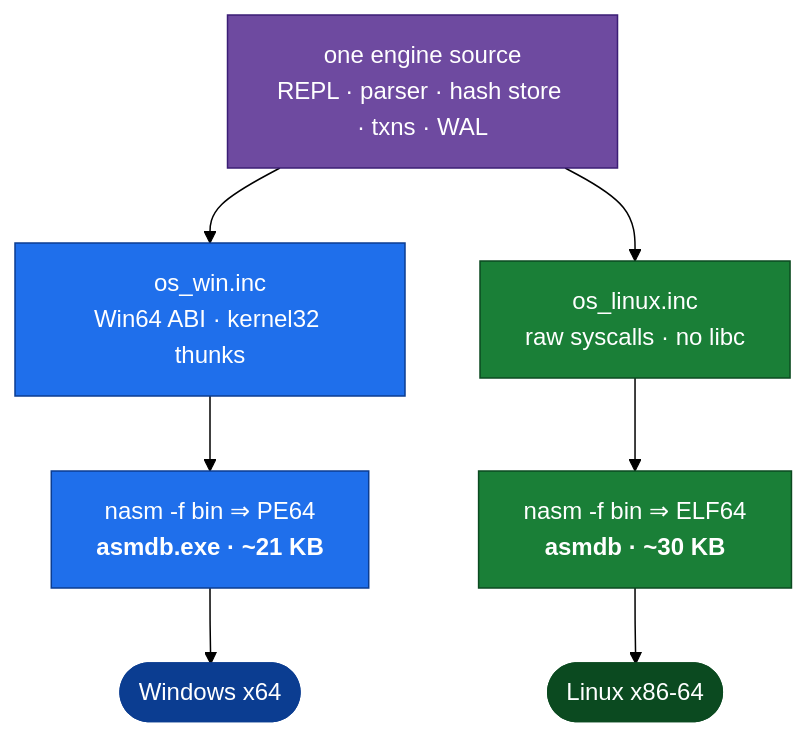
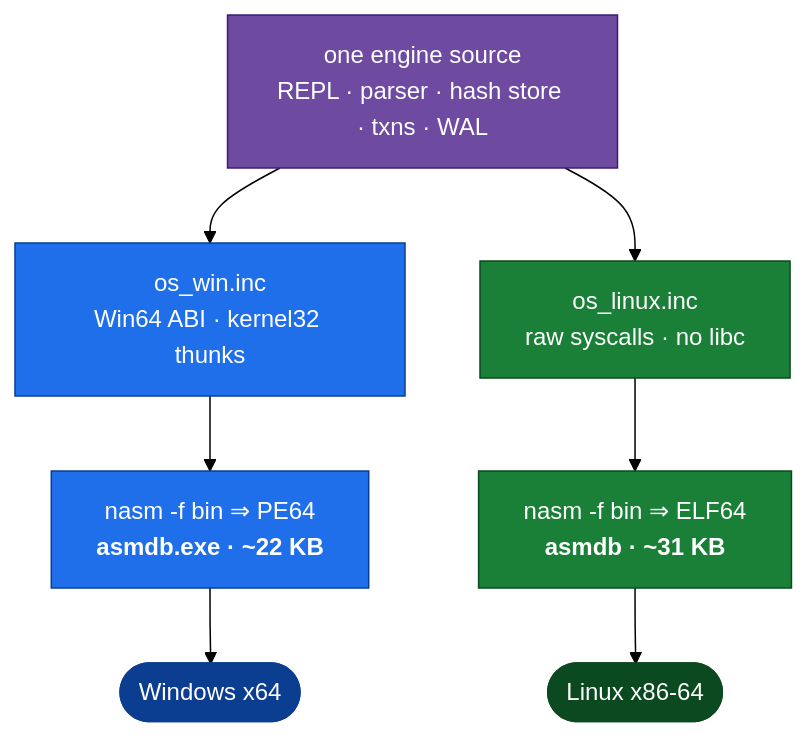
Before and after one commit to fredgis/asmDB: the first of 2 diagrams in README.md, drawn with Mermaid (forest theme). The commit also changed other lines of this file and 3 other files, not shown here.

````diff
--- a/README.md
+++ b/README.md
@@ -133,19 +133,19 @@
 ```mermaid
 flowchart TD
     SRC["one engine source<br/>REPL · parser · hash store · txns · WAL"]:::core
 
     SRC --> WIN["os_win.inc<br/>Win64 ABI · kernel32 thunks"]:::win
     SRC --> LIN["os_linux.inc<br/>raw syscalls · no libc"]:::lin
 
-    WIN --> PE["nasm -f bin ⇒ PE64<br/><b>asmdb.exe · ~21 KB</b>"]:::win
-    LIN --> ELF["nasm -f bin ⇒ ELF64<br/><b>asmdb · ~30 KB</b>"]:::lin
+    WIN --> PE["nasm -f bin ⇒ PE64<br/><b>asmdb.exe · ~22 KB</b>"]:::win
+    LIN --> ELF["nasm -f bin ⇒ ELF64<br/><b>asmdb · ~31 KB</b>"]:::lin
 
     PE --> WOS(["Windows x64"]):::winb
     ELF --> LOS(["Linux x86-64"]):::linb
 
     classDef core fill:#6e4aa0,stroke:#3b1e75,color:#fff
     classDef win  fill:#1f6feb,stroke:#0b3d91,color:#fff
     classDef lin  fill:#1a7f37,stroke:#0b4a20,color:#fff
     classDef winb fill:#0b3d91,stroke:#0b3d91,color:#fff
     classDef linb fill:#0b4a20,stroke:#0b4a20,color:#fff
 ```
````
